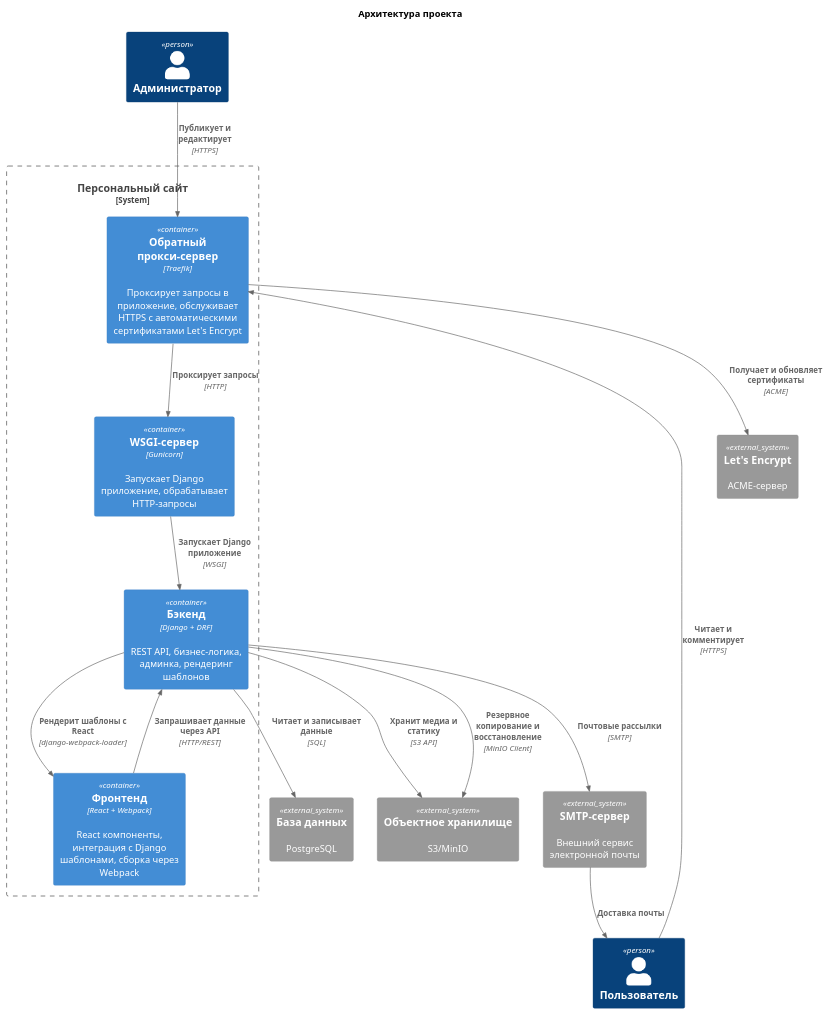
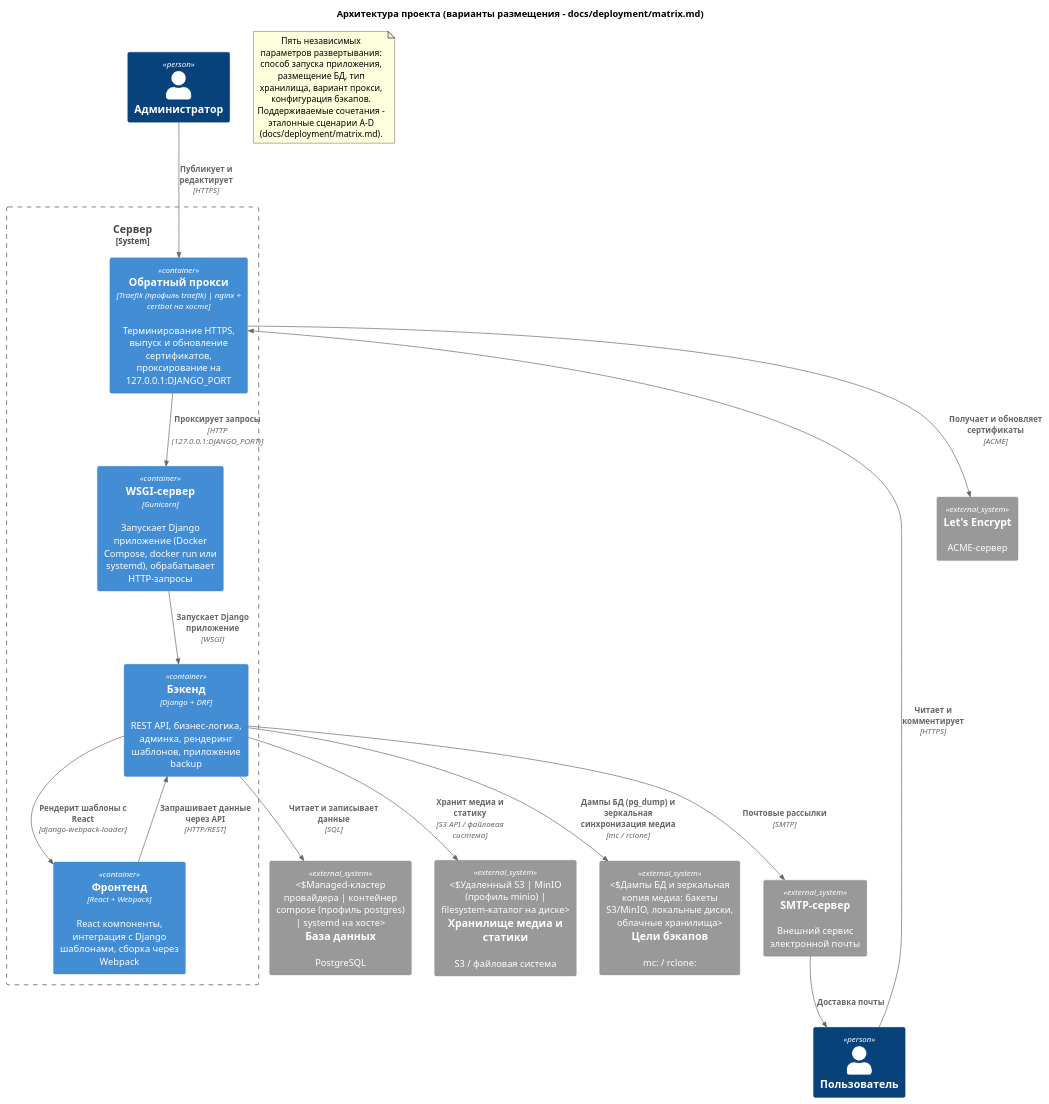
The diagram in docs/diagrams/src/container.puml (mikhpo/personal-website), drawn with PlantUML before and after one commit. The commit also changed 19 other files, not shown here.

Commit message:
docs: матрица и рецепты развертывания, скиллы бэкапов, секции .env.example (#94, #95, #97, #98)

```diff
--- a/docs/diagrams/src/container.puml
+++ b/docs/diagrams/src/container.puml
@@ -1,34 +1,43 @@
 @startuml container
 
 !include <C4/C4_Container>
 
-title Архитектура проекта
+title Архитектура проекта (варианты размещения - docs/deployment/matrix.md)
 
 Person(user, "Пользователь")
 Person(admin, "Администратор")
-System_Boundary(project, "Персональный сайт") {
-    Container(traefik, "Обратный прокси-сервер", "Traefik", "Проксирует запросы в приложение, обслуживает HTTPS с автоматическими сертификатами Let's Encrypt")
-    Container(gunicorn, "WSGI-сервер", "Gunicorn", "Запускает Django приложение, обрабатывает HTTP-запросы")
-    Container(backend, "Бэкенд", "Django + DRF", "REST API, бизнес-логика, админка, рендеринг шаблонов")
+
+System_Boundary(server, "Сервер") {
+    Container(proxy, "Обратный прокси", "Traefik (профиль traefik) | nginx + certbot на хосте", "Терминирование HTTPS, выпуск и обновление сертификатов, проксирование на 127.0.0.1:DJANGO_PORT")
+    Container(gunicorn, "WSGI-сервер", "Gunicorn", "Запускает Django приложение (Docker Compose, docker run или systemd), обрабатывает HTTP-запросы")
+    Container(backend, "Бэкенд", "Django + DRF", "REST API, бизнес-логика, админка, рендеринг шаблонов, приложение backup")
     Container(frontend, "Фронтенд", "React + Webpack", "React компоненты, интеграция с Django шаблонами, сборка через Webpack")
 }
 
-System_Ext(db, "База данных", "PostgreSQL")
-System_Ext(s3, "Объектное хранилище", "S3/MinIO")
+System_Ext(db, "База данных", "PostgreSQL", "Managed-кластер провайдера | контейнер compose (профиль postgres) | systemd на хосте")
+System_Ext(s3, "Хранилище медиа и статики", "S3 / файловая система", "Удаленный S3 | MinIO (профиль minio) | filesystem-каталог на диске")
+System_Ext(backup_targets, "Цели бэкапов", "mc: / rclone:", "Дампы БД и зеркальная копия медиа: бакеты S3/MinIO, локальные диски, облачные хранилища")
 System_Ext(smtp, "SMTP-сервер", "Внешний сервис электронной почты")
 System_Ext(le, "Let's Encrypt", "ACME-сервер")
 
-Rel(user, traefik, "Читает и комментирует", "HTTPS")
-Rel(admin, traefik, "Публикует и редактирует", "HTTPS")
-Rel(traefik, gunicorn, "Проксирует запросы", "HTTP")
+Rel(user, proxy, "Читает и комментирует", "HTTPS")
+Rel(admin, proxy, "Публикует и редактирует", "HTTPS")
+Rel(proxy, gunicorn, "Проксирует запросы", "HTTP (127.0.0.1:DJANGO_PORT)")
 Rel(gunicorn, backend, "Запускает Django приложение", "WSGI")
 Rel(backend, frontend, "Рендерит шаблоны с React", "django-webpack-loader")
 Rel(frontend, backend, "Запрашивает данные через API", "HTTP/REST")
 Rel(backend, db, "Читает и записывает данные", "SQL")
-Rel(backend, s3, "Хранит медиа и статику", "S3 API")
+Rel(backend, s3, "Хранит медиа и статику", "S3 API / файловая система")
 Rel(backend, smtp, "Почтовые рассылки", "SMTP")
 Rel(smtp, user, "Доставка почты")
-Rel(backend, s3, "Резервное копирование и восстановление", "MinIO Client")
-Rel(traefik, le, "Получает и обновляет сертификаты", "ACME")
+Rel(backend, backup_targets, "Дампы БД (pg_dump) и зеркальная синхронизация медиа", "mc / rclone")
+Rel(proxy, le, "Получает и обновляет сертификаты", "ACME")
+
+note as VariantsNote
+  Пять независимых параметров развертывания: способ запуска приложения,
+  размещение БД, тип хранилища, вариант прокси, конфигурация бэкапов.
+  Поддерживаемые сочетания - эталонные сценарии A-D
+  (docs/deployment/matrix.md).
+end note
 
 @enduml
```
